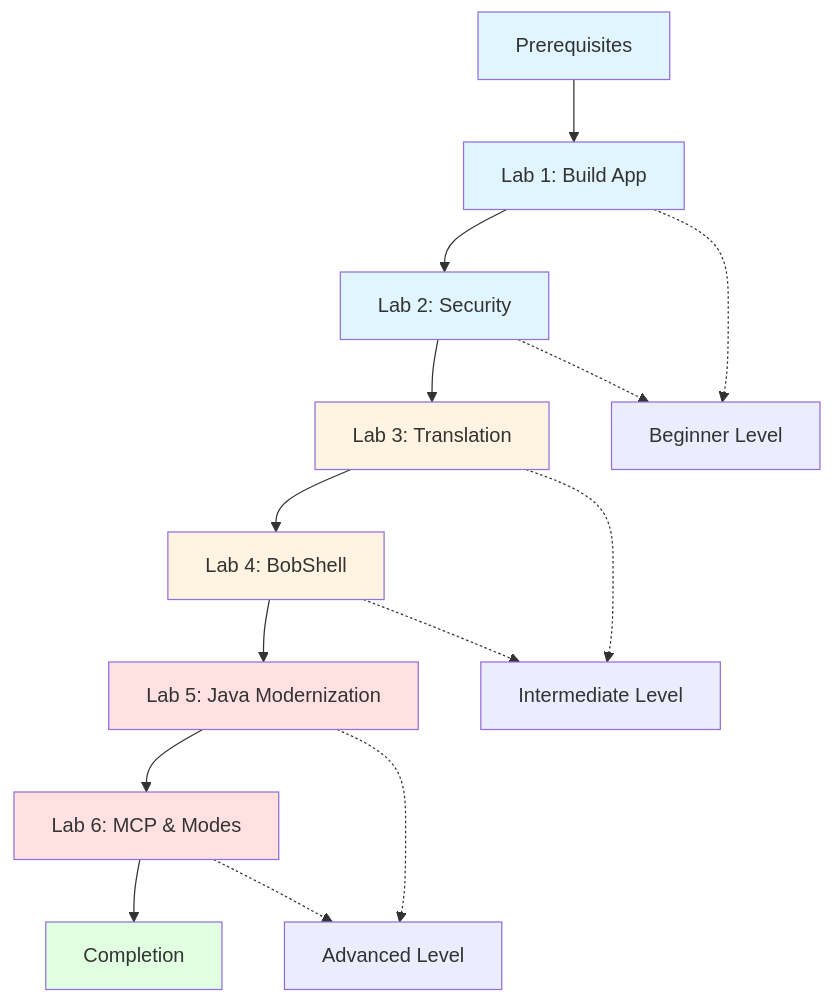
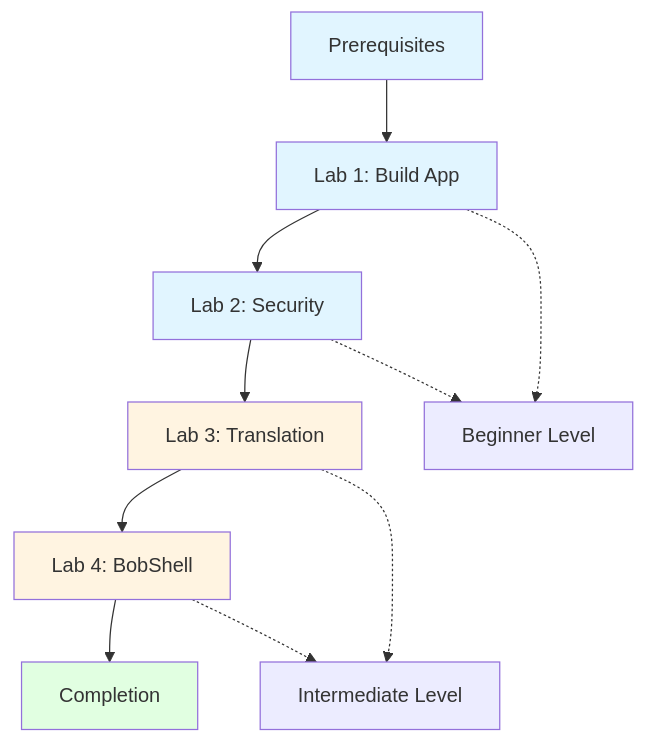
The diagram in README.md (iIias/bob-day-labs), drawn with Mermaid before and after one commit. The commit also changed other lines of this file, not shown here.

````diff
--- a/README.md
+++ b/README.md
@@ -215,26 +161,20 @@
 ```mermaid
 graph TB
     Start[Prerequisites] --> L1[Lab 1: Build App]
     L1 --> L2[Lab 2: Security]
     L2 --> L3[Lab 3: Translation]
     L3 --> L4[Lab 4: BobShell]
-    L4 --> L5[Lab 5: Java Modernization]
-    L5 --> L6[Lab 6: MCP & Modes]
-    L6 --> Complete[Completion]
+    L4 --> Complete[Completion]
     
     L1 -.-> Beginner[Beginner Level]
     L2 -.-> Beginner
     L3 -.-> Intermediate[Intermediate Level]
     L4 -.-> Intermediate
-    L5 -.-> Advanced[Advanced Level]
-    L6 -.-> Advanced
     
     style Start fill:#e1f5ff
     style L1 fill:#e1f5ff
     style L2 fill:#e1f5ff
     style L3 fill:#fff4e1
     style L4 fill:#fff4e1
-    style L5 fill:#ffe1e1
-    style L6 fill:#ffe1e1
     style Complete fill:#e1ffe1
 ```
````
